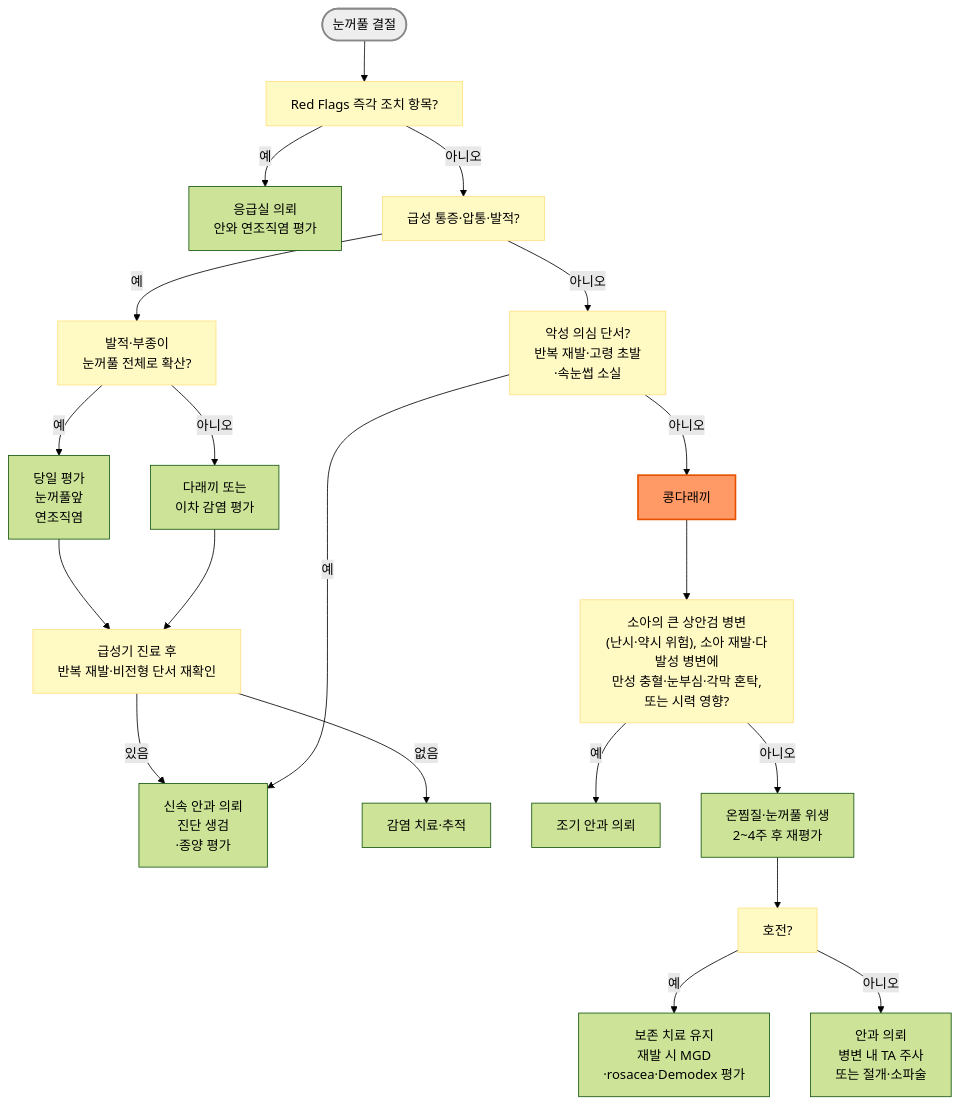
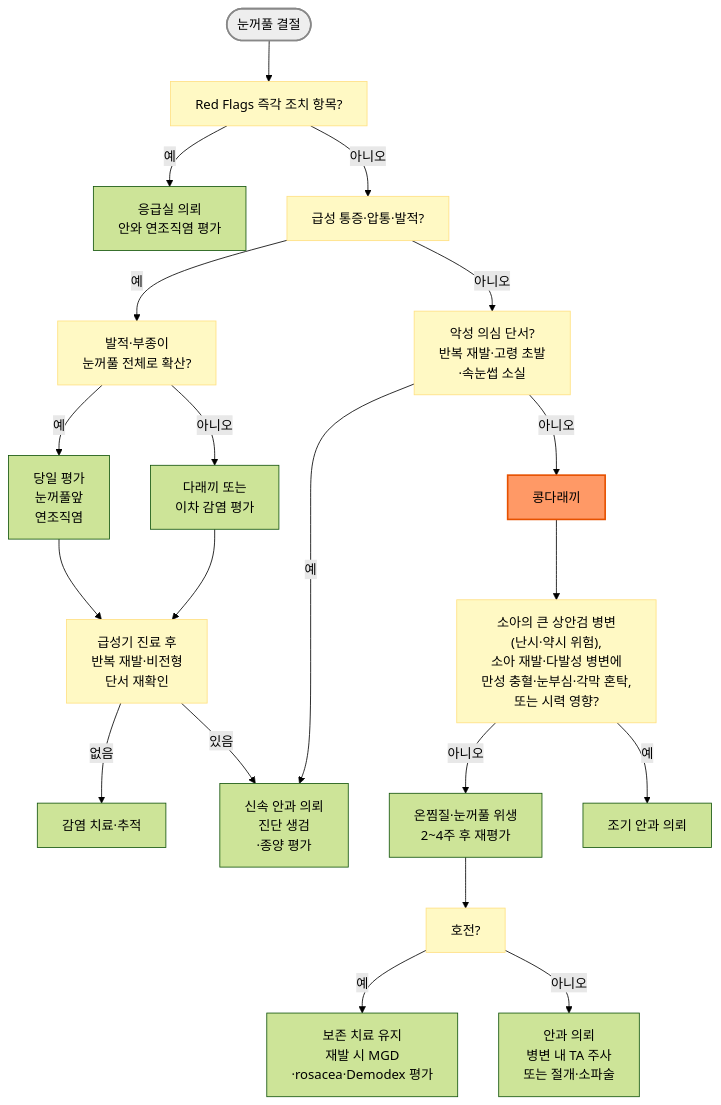
The diagram in 222_/041_-chalazion.md (familyoh77/familyoh77), drawn with Mermaid (forest theme) before and after one commit. The commit also changed other lines of this file, not shown here.

````diff
--- a/222_/041_-chalazion.md
+++ b/222_/041_-chalazion.md
@@ -96,27 +96,27 @@
 ```mermaid
 graph TD
     Start(["눈꺼풀 결절"]) --> Q1["Red Flags 즉각 조치 항목?"]
     Q1 -->|예| ER["응급실 의뢰<br>안와 연조직염 평가"]
     Q1 -->|아니오| Q2["급성 통증·압통·발적?"]
     Q2 -->|예| Q2b["발적·부종이 <br>눈꺼풀 전체로 확산?"]
     Q2b -->|예| PC["당일 평가<br>눈꺼풀앞 <br>연조직염"]
     Q2b -->|아니오| HD["다래끼 또는 <br>이차 감염 평가"]
-    PC --> R3["급성기 진료 후<br>반복 재발·비전형 단서 재확인"]
+    PC --> R3["급성기 진료 후<br>반복 재발·비전형 <br>단서 재확인"]
     HD --> R3
+    R3 -->|없음| IF["감염 치료·추적"]
     R3 -->|있음| BX["신속 안과 의뢰<br>진단 생검<br>·종양 평가"]
-    R3 -->|없음| IF["감염 치료·추적"]
     Q2 -->|아니오| Q3["악성 의심 단서?<br>반복 재발·고령 초발<br>·속눈썹 소실"]
     Q3 -->|예| BX
     Q3 -->|아니오| CH["콩다래끼"]
-    CH --> Q4["소아의 큰 상안검 병변<br>(난시·약시 위험), 소아 재발·다발성 병변에<br>만성 충혈·눈부심·각막 혼탁,<br>또는 시력 영향?"]
-    Q4 -->|예| EARLY["조기 안과 의뢰"]
+    CH --> Q4["소아의 큰 상안검 병변<br>(난시·약시 위험), <br>소아 재발·다발성 병변에<br>만성 충혈·눈부심·각막 혼탁,<br>또는 시력 영향?"]
     Q4 -->|아니오| CONS["온찜질·눈꺼풀 위생<br>2~4주 후 재평가"]
     CONS --> Q5["호전?"]
     Q5 -->|예| F["보존 치료 유지<br>재발 시 MGD<br>·rosacea·Demodex 평가"]
     Q5 -->|아니오| REF["안과 의뢰<br>병변 내 TA 주사 <br>또는 절개·소파술"]
+    Q4 -->|예| EARLY["조기 안과 의뢰"]
     style Start fill:#eeeeee,stroke:#888888,stroke-width:2px
     classDef yellow fill:#fff9c4,stroke:#ffe082
     class Q1,Q2,Q2b,Q3,R3,Q4,Q5 yellow
     style CH fill:#f96,stroke:#e65100,stroke-width:2px
 
 ```
````
